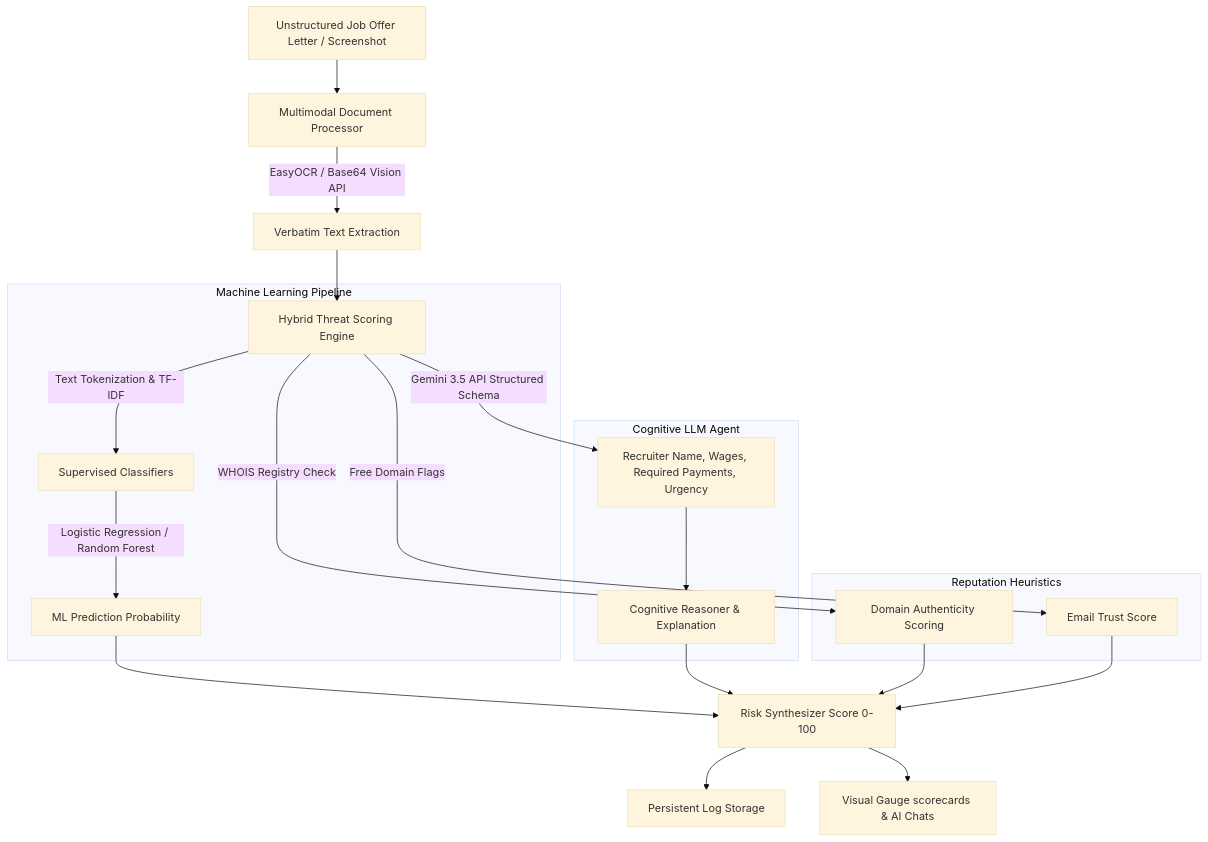
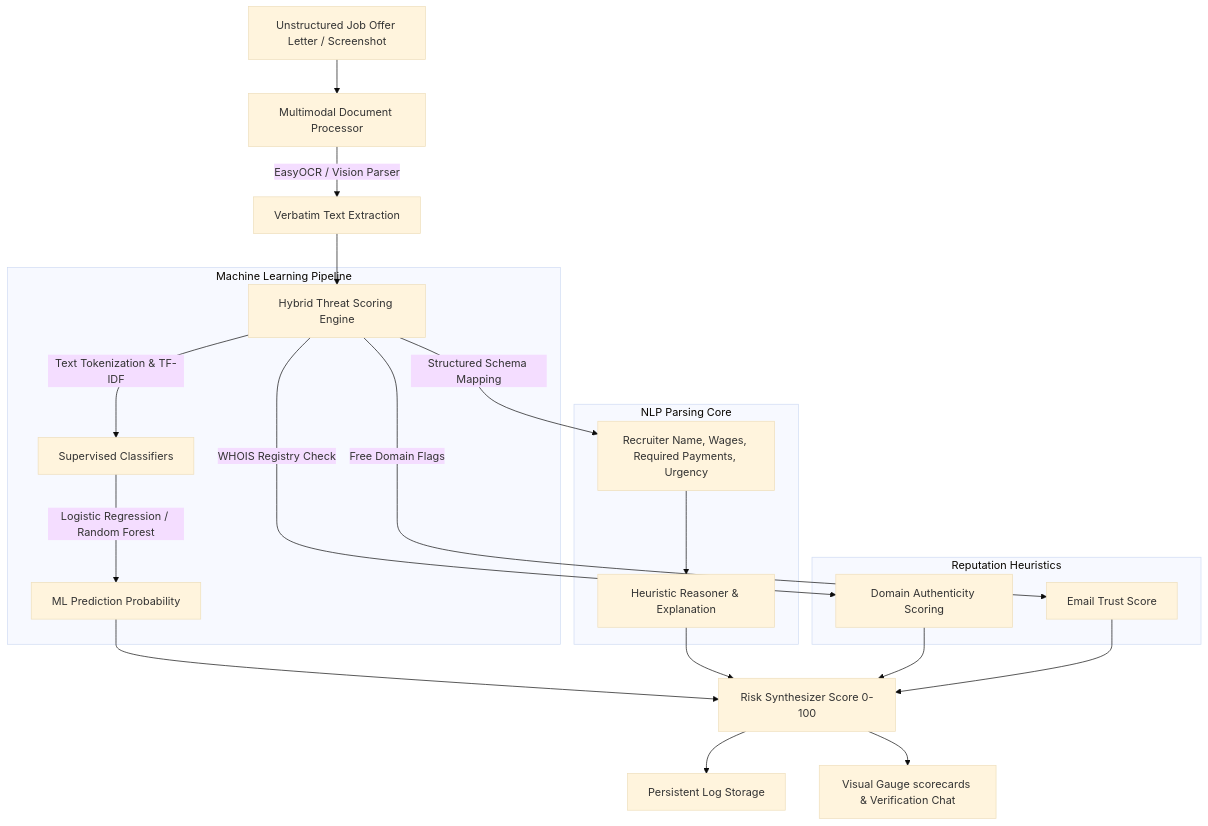
Before and after one commit to Krish231005/job_offer_detection: the diagram in README.md, drawn with Mermaid (base theme). The commit also changed other lines of this file and 6 other files, not shown here.

````diff
--- a/README.md
+++ b/README.md
@@ -20,25 +20,25 @@
 ```mermaid
 graph TD
     A[Unstructured Job Offer Letter / Screenshot] --> B[Multimodal Document Processor]
-    B -->|EasyOCR / Base64 Vision API| C[Verbatim Text Extraction]
+    B -->|EasyOCR / Vision Parser| C[Verbatim Text Extraction]
     C --> D[Hybrid Threat Scoring Engine]
     
     subgraph Machine Learning Pipeline
         D -->|Text Tokenization & TF-IDF| E[Supervised Classifiers]
         E -->|Logistic Regression / Random Forest| F[ML Prediction Probability]
     end
     
-    subgraph Cognitive LLM Agent
-        D -->|Gemini 3.5 API Structured Schema| G[Recruiter Name, Wages, Required Payments, Urgency]
-        G --> H[Cognitive Reasoner & Explanation]
+    subgraph NLP Parsing Core
+        D -->|Structured Schema Mapping| G[Recruiter Name, Wages, Required Payments, Urgency]
+        G --> H[Heuristic Reasoner & Explanation]
     end
     
     subgraph Reputation Heuristics
         D -->|WHOIS Registry Check| I[Domain Authenticity Scoring]
         D -->|Free Domain Flags| J[Email Trust Score]
     end
     
     F & H & I & J --> K[Risk Synthesizer Score 0-100]
     K --> L[Persistent Log Storage]
-    K --> M[Visual Gauge scorecards & AI Chats]
+    K --> M[Visual Gauge scorecards & Verification Chat]
 ```
````
